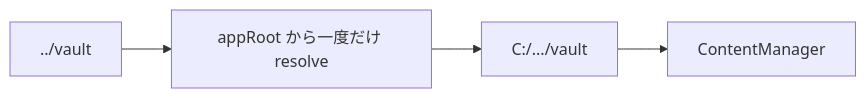
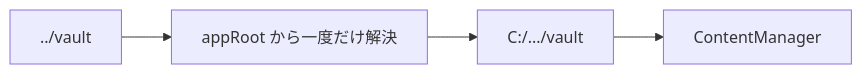
The fifth of 5 diagrams in docs/docs/reference/configuration/roots.ja.md (Rerurate514/riebeckite), drawn with Mermaid before and after one commit. The commit also changed other lines of this file and 310 other files, not shown here.

````diff
--- a/docs/docs/reference/configuration/roots.ja.md
+++ b/docs/docs/reference/configuration/roots.ja.md
@@ -297,11 +274,11 @@
 ```mermaid id="54gq7n"
 flowchart LR
     Relative["../vault"]
-    Resolve["appRoot から一度だけ resolve"]
+    Resolve["appRoot から一度だけ解決"]
     Absolute["C:/.../vault"]
     Manager["ContentManager"]
 
     Relative --> Resolve
     Resolve --> Absolute
     Absolute --> Manager
 ```
````
